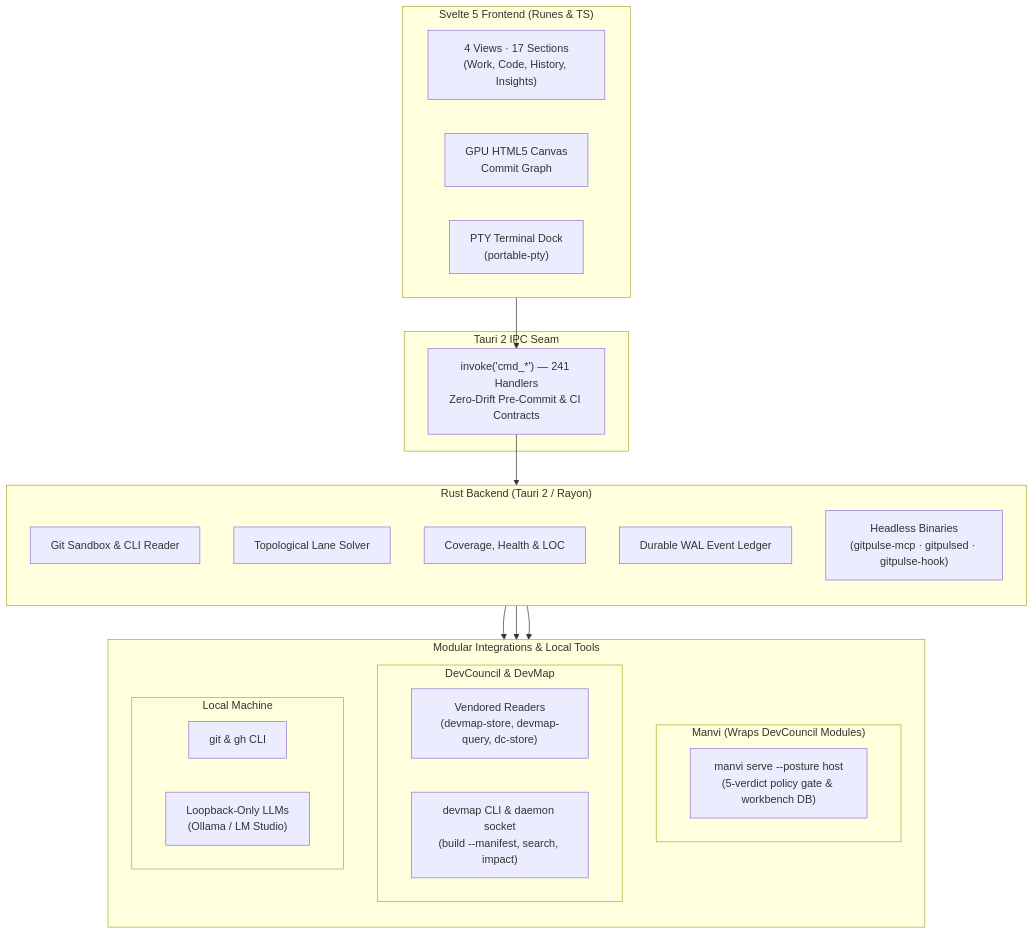
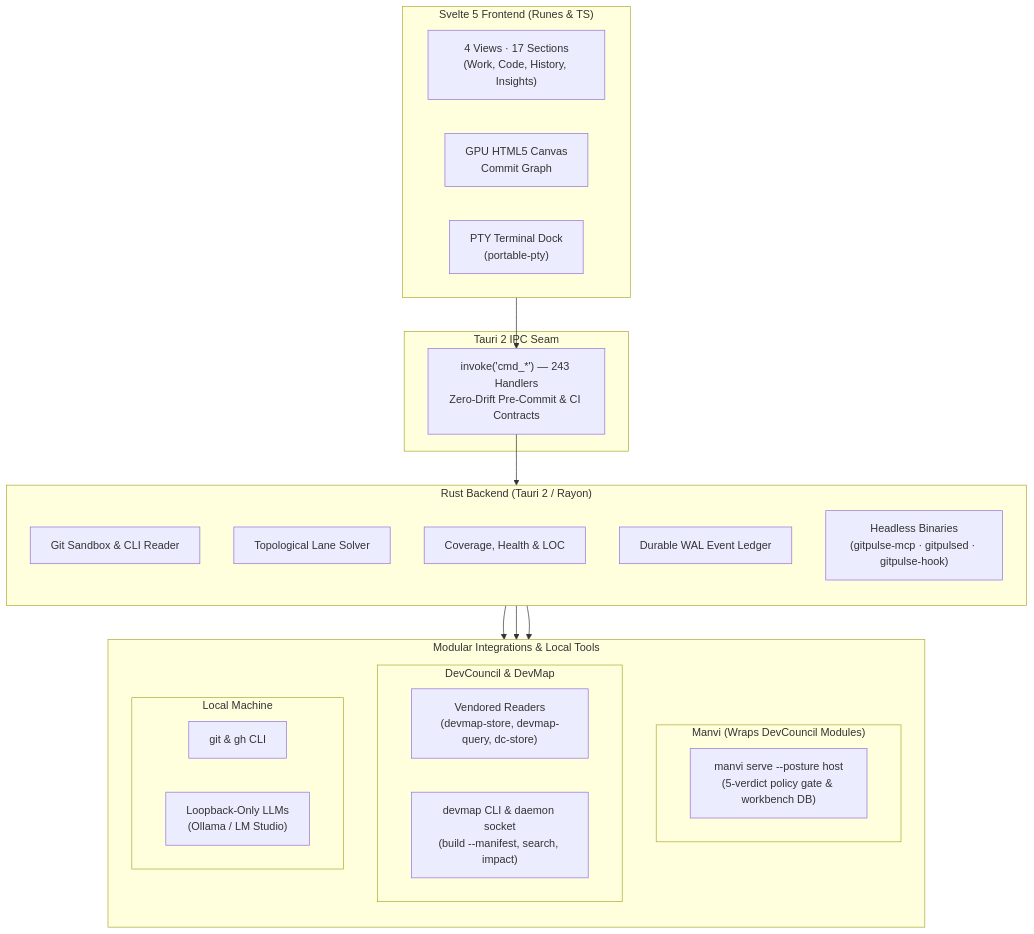
The diagram in README.md (bharathvbcr/GitPulse), drawn with Mermaid before and after one commit. The commit also changed 21 other files, not shown here.

````diff
--- a/README.md
+++ b/README.md
@@ -116,43 +116,43 @@
 ```mermaid
 flowchart TB
     subgraph Frontend["Svelte 5 Frontend (Runes & TS)"]
         direction LR
         Views["4 Views · 17 Sections<br/>(Work, Code, History, Insights)"]
         Canvas["GPU HTML5 Canvas<br/>Commit Graph"]
         TerminalDock["PTY Terminal Dock<br/>(portable-pty)"]
     end
 
     subgraph IPC["Tauri 2 IPC Seam"]
-        Bridge["invoke('cmd_*') — 241 Handlers<br/>Zero-Drift Pre-Commit & CI Contracts"]
+        Bridge["invoke('cmd_*') — 243 Handlers<br/>Zero-Drift Pre-Commit & CI Contracts"]
     end
 
     subgraph Backend["Rust Backend (Tauri 2 / Rayon)"]
         direction TB
         GitEngine["Git Sandbox & CLI Reader"]
         LaneSolver["Topological Lane Solver"]
         Analyzers["Coverage, Health & LOC"]
         Ledger["Durable WAL Event Ledger"]
         Headless["Headless Binaries<br/>(gitpulse-mcp · gitpulsed · gitpulse-hook)"]
     end
 
     subgraph Integrations["Modular Integrations & Local Tools"]
         direction TB
         subgraph ManviWrap["Manvi (Wraps DevCouncil Modules)"]
             ManviSidecar["manvi serve --posture host<br/>(5-verdict policy gate & workbench DB)"]
         end
         subgraph DevCouncilMods["DevCouncil & DevMap"]
             Vendored["Vendored Readers<br/>(devmap-store, devmap-query, dc-store)"]
             DevMapCLI["devmap CLI & daemon socket<br/>(build --manifest, search, impact)"]
         end
         subgraph LocalTools["Local Machine"]
             CLI["git & gh CLI"]
             LocalLLM["Loopback-Only LLMs<br/>(Ollama / LM Studio)"]
         end
     end
 
     Frontend --> Bridge
     Bridge --> Backend
     Backend --> ManviWrap
     Backend --> DevCouncilMods
     Backend --> LocalTools
 ```
````
